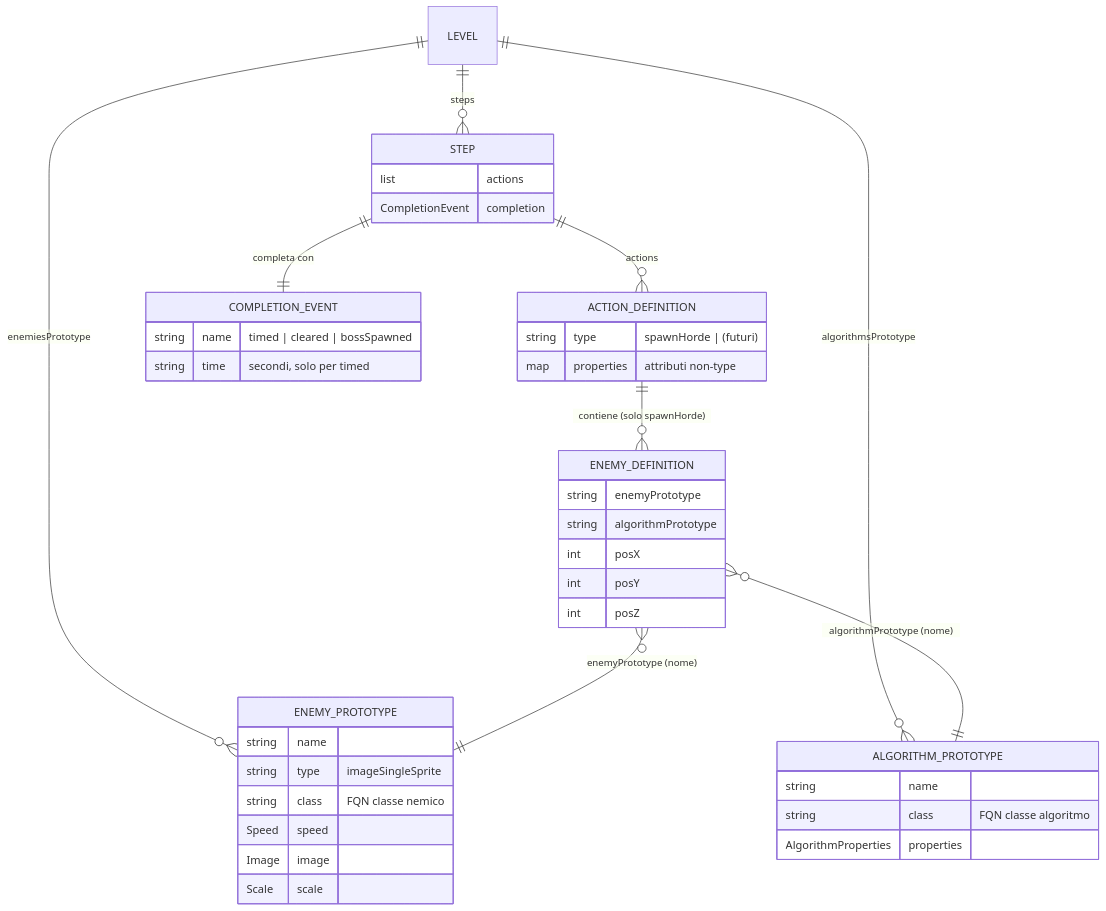
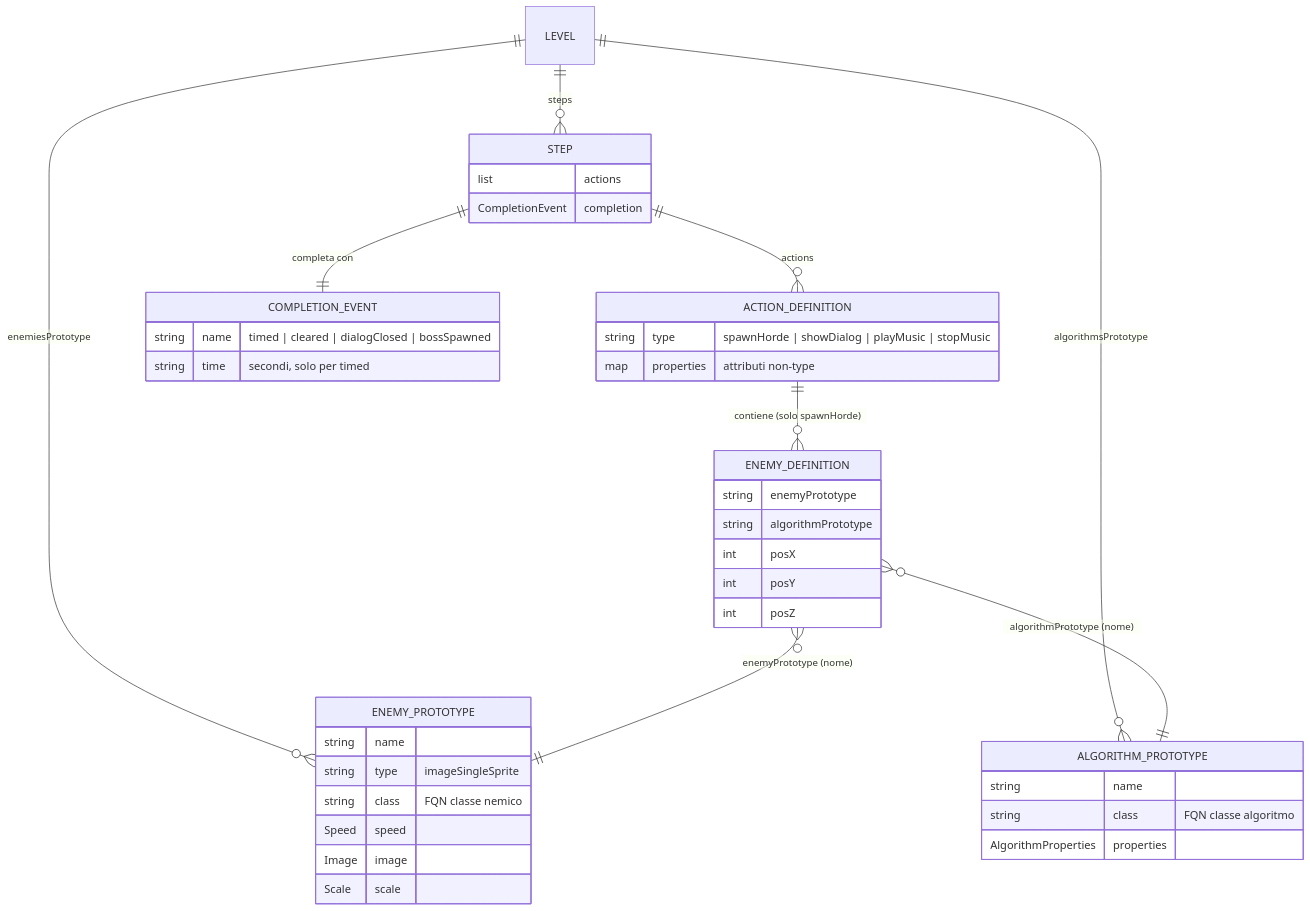
Before and after one commit to alesky78/TigerSupply: the sixth of 7 diagrams in documentation/subsystems/level-director-sequencing/index.md, drawn with Mermaid. The commit also changed other lines of this file and 31 other files, not shown here.

````diff
--- a/documentation/subsystems/level-director-sequencing/index.md
+++ b/documentation/subsystems/level-director-sequencing/index.md
@@ -354,44 +365,44 @@
 ```mermaid
 erDiagram
     LEVEL ||--o{ STEP : "steps"
     LEVEL ||--o{ ENEMY_PROTOTYPE : "enemiesPrototype"
     LEVEL ||--o{ ALGORITHM_PROTOTYPE : "algorithmsPrototype"
     STEP ||--o{ ACTION_DEFINITION : "actions"
     STEP ||--|| COMPLETION_EVENT : "completa con"
     ACTION_DEFINITION ||--o{ ENEMY_DEFINITION : "contiene (solo spawnHorde)"
     ENEMY_DEFINITION }o--|| ENEMY_PROTOTYPE : "enemyPrototype (nome)"
     ENEMY_DEFINITION }o--|| ALGORITHM_PROTOTYPE : "algorithmPrototype (nome)"
 
     STEP {
         list actions
         CompletionEvent completion
     }
     ACTION_DEFINITION {
-        string type "spawnHorde | (futuri)"
+        string type "spawnHorde | showDialog | playMusic | stopMusic"
         map properties "attributi non-type"
     }
     COMPLETION_EVENT {
-        string name "timed | cleared | bossSpawned"
+        string name "timed | cleared | dialogClosed | bossSpawned"
         string time "secondi, solo per timed"
     }
     ENEMY_DEFINITION {
         string enemyPrototype
         string algorithmPrototype
         int posX
         int posY
         int posZ
     }
     ENEMY_PROTOTYPE {
         string name
         string type "imageSingleSprite"
         string class "FQN classe nemico"
         Speed speed
         Image image
         Scale scale
     }
     ALGORITHM_PROTOTYPE {
         string name
         string class "FQN classe algoritmo"
         AlgorithmProperties properties
     }
 ```
````
